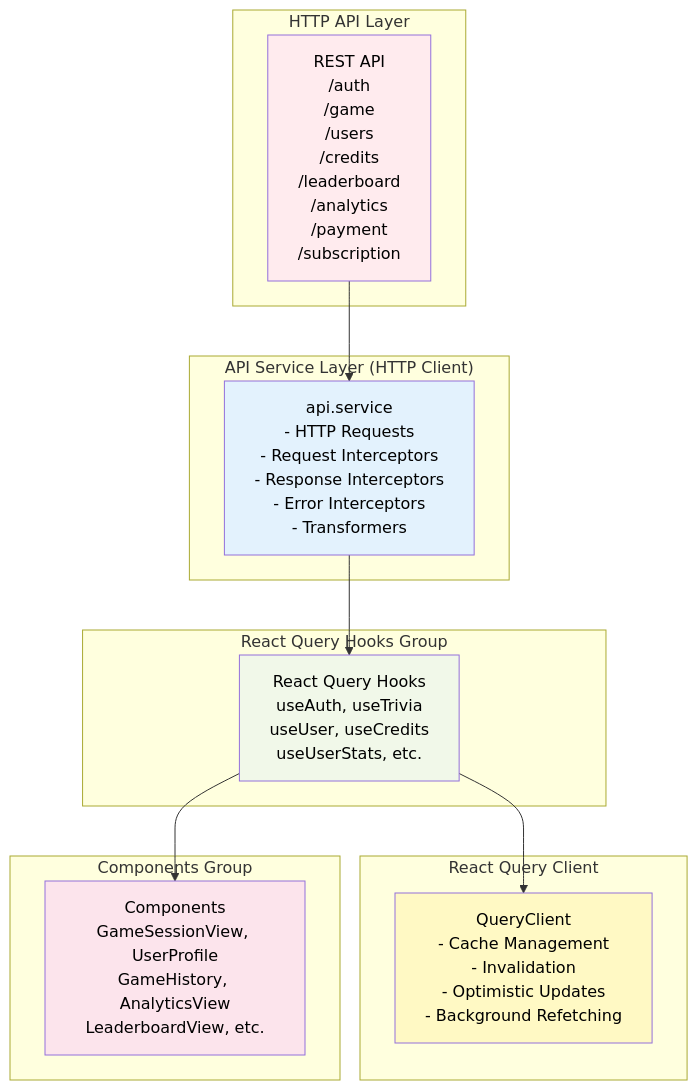
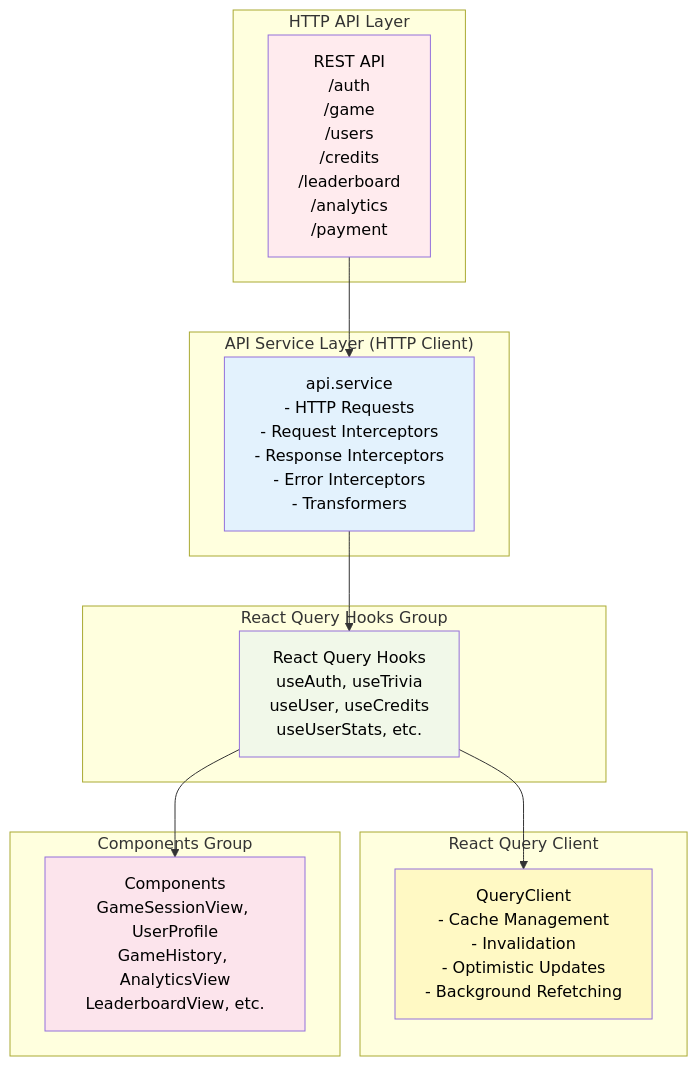
Before and after one commit to IsraelRub/EveryTriv: diagram 26 of 28 in docs/DIAGRAMS.md, drawn with Mermaid. The commit also changed other lines of this file and 789 other files, not shown here.

````diff
--- a/docs/DIAGRAMS.md
+++ b/docs/DIAGRAMS.md
@@ -1785,33 +1705,33 @@
 ```mermaid
 graph TB
     subgraph "HTTP API Layer"
-        API[REST API<br/>/auth<br/>/game<br/>/users<br/>/credits<br/>/leaderboard<br/>/analytics<br/>/payment<br/>/subscription]
+        API[REST API<br/>/auth<br/>/game<br/>/users<br/>/credits<br/>/leaderboard<br/>/analytics<br/>/payment]
     end
 
     subgraph "API Service Layer (HTTP Client)"
         AS[api.service<br/>- HTTP Requests<br/>- Request Interceptors<br/>- Response Interceptors<br/>- Error Interceptors<br/>- Transformers]
     end
 
     subgraph "React Query Client"
         QC[QueryClient<br/>- Cache Management<br/>- Invalidation<br/>- Optimistic Updates<br/>- Background Refetching]
     end
 
     subgraph "React Query Hooks Group"
         RQ_ALL[React Query Hooks<br/>useAuth, useTrivia<br/>useUser, useCredits<br/>useUserStats, etc.]
     end
 
     subgraph "Components Group"
         COMPS[Components<br/>GameSessionView, UserProfile<br/>GameHistory, AnalyticsView<br/>LeaderboardView, etc.]
     end
 
     API --> AS
     AS --> RQ_ALL
     RQ_ALL --> QC
     RQ_ALL --> COMPS
 
     style API fill:#ffebee,color:#000000
     style AS fill:#e3f2fd,color:#000000
     style QC fill:#fff9c4,color:#000000
     style RQ_ALL fill:#f1f8e9,color:#000000
     style COMPS fill:#fce4ec,color:#000000
 ```
````
